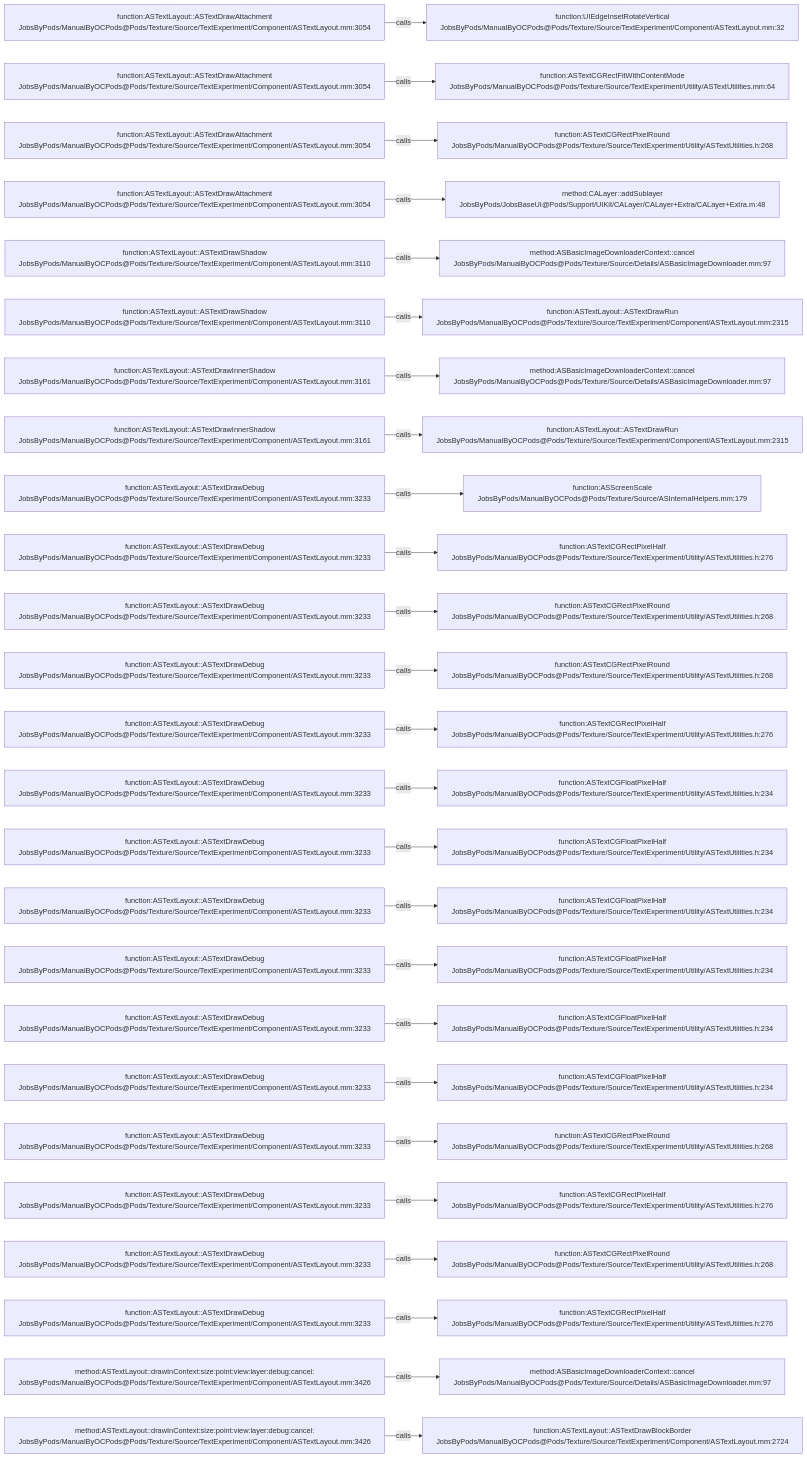
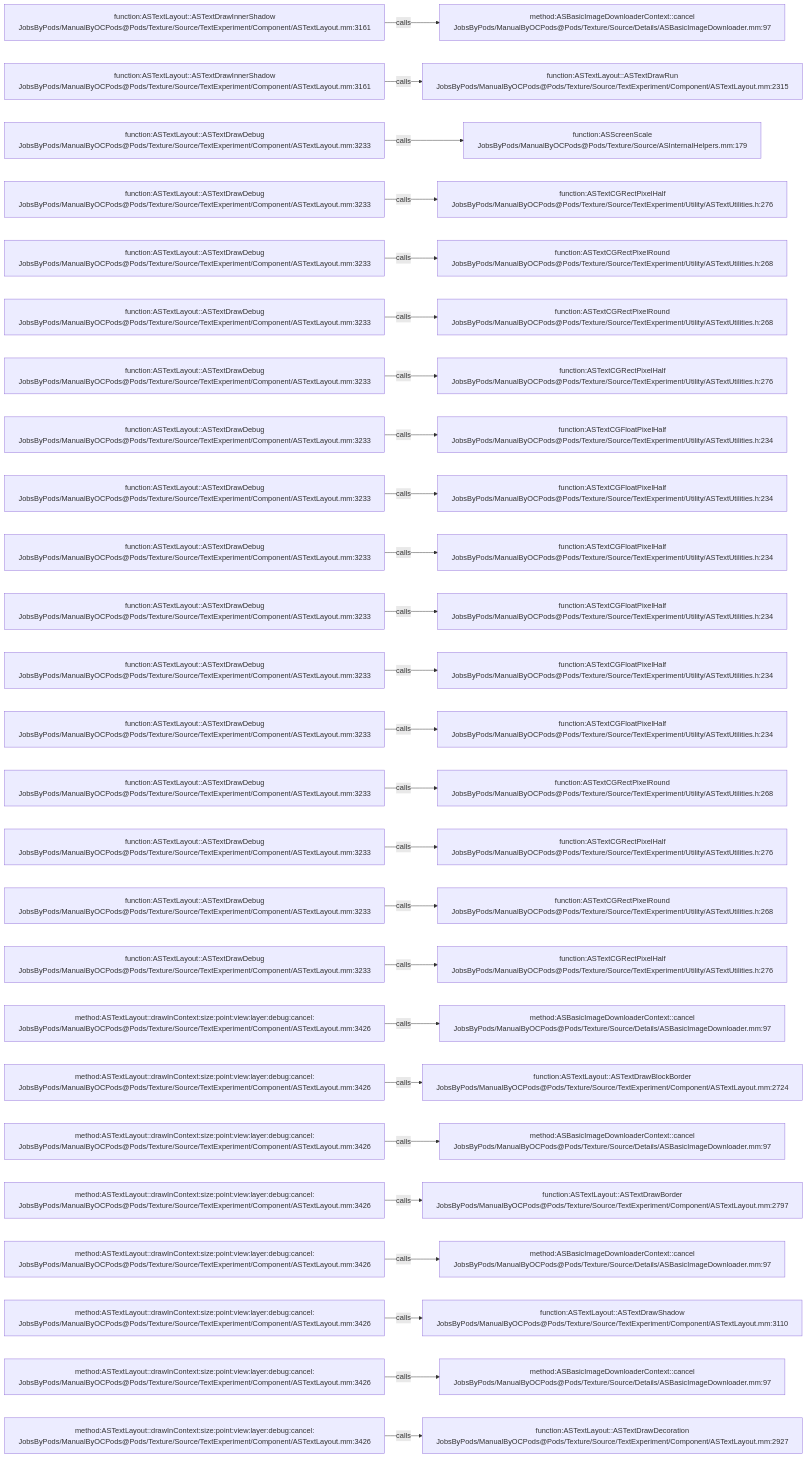
One commit to JobsKits/JobsOCBaseConfigDemo changed the diagram in .codegraph/codegraph.md/graphs/calls-198.md. Above: the diagram before and after it, drawn with Mermaid. The commit also changed 666 other files, not shown here.

````diff
--- a/.codegraph/codegraph.md/graphs/calls-198.md
+++ b/.codegraph/codegraph.md/graphs/calls-198.md
@@ -13,78 +13,78 @@
 ```mermaid
 flowchart LR
-  S1["function:ASTextLayout::ASTextDrawAttachment<br/>JobsByPods/ManualByOCPods@Pods/Texture/Source/TextExperiment/Component/ASTextLayout.mm:3054"]
-  T1["function:UIEdgeInsetRotateVertical<br/>JobsByPods/ManualByOCPods@Pods/Texture/Source/TextExperiment/Component/ASTextLayout.mm:32"]
+  S1["function:ASTextLayout::ASTextDrawInnerShadow<br/>JobsByPods/ManualByOCPods@Pods/Texture/Source/TextExperiment/Component/ASTextLayout.mm:3161"]
+  T1["method:ASBasicImageDownloaderContext::cancel<br/>JobsByPods/ManualByOCPods@Pods/Texture/Source/Details/ASBasicImageDownloader.mm:97"]
   S1 -->|calls| T1
-  S2["function:ASTextLayout::ASTextDrawAttachment<br/>JobsByPods/ManualByOCPods@Pods/Texture/Source/TextExperiment/Component/ASTextLayout.mm:3054"]
-  T2["function:ASTextCGRectFitWithContentMode<br/>JobsByPods/ManualByOCPods@Pods/Texture/Source/TextExperiment/Utility/ASTextUtilities.mm:64"]
+  S2["function:ASTextLayout::ASTextDrawInnerShadow<br/>JobsByPods/ManualByOCPods@Pods/Texture/Source/TextExperiment/Component/ASTextLayout.mm:3161"]
+  T2["function:ASTextLayout::ASTextDrawRun<br/>JobsByPods/ManualByOCPods@Pods/Texture/Source/TextExperiment/Component/ASTextLayout.mm:2315"]
   S2 -->|calls| T2
-  S3["function:ASTextLayout::ASTextDrawAttachment<br/>JobsByPods/ManualByOCPods@Pods/Texture/Source/TextExperiment/Component/ASTextLayout.mm:3054"]
-  T3["function:ASTextCGRectPixelRound<br/>JobsByPods/ManualByOCPods@Pods/Texture/Source/TextExperiment/Utility/ASTextUtilities.h:268"]
+  S3["function:ASTextLayout::ASTextDrawDebug<br/>JobsByPods/ManualByOCPods@Pods/Texture/Source/TextExperiment/Component/ASTextLayout.mm:3233"]
+  T3["function:ASScreenScale<br/>JobsByPods/ManualByOCPods@Pods/Texture/Source/ASInternalHelpers.mm:179"]
   S3 -->|calls| T3
-  S4["function:ASTextLayout::ASTextDrawAttachment<br/>JobsByPods/ManualByOCPods@Pods/Texture/Source/TextExperiment/Component/ASTextLayout.mm:3054"]
-  T4["method:CALayer::addSublayer<br/>JobsByPods/JobsBaseUI@Pods/Support/UIKit/CALayer/CALayer+Extra/CALayer+Extra.m:48"]
+  S4["function:ASTextLayout::ASTextDrawDebug<br/>JobsByPods/ManualByOCPods@Pods/Texture/Source/TextExperiment/Component/ASTextLayout.mm:3233"]
+  T4["function:ASTextCGRectPixelHalf<br/>JobsByPods/ManualByOCPods@Pods/Texture/Source/TextExperiment/Utility/ASTextUtilities.h:276"]
   S4 -->|calls| T4
-  S5["function:ASTextLayout::ASTextDrawShadow<br/>JobsByPods/ManualByOCPods@Pods/Texture/Source/TextExperiment/Component/ASTextLayout.mm:3110"]
-  T5["method:ASBasicImageDownloaderContext::cancel<br/>JobsByPods/ManualByOCPods@Pods/Texture/Source/Details/ASBasicImageDownloader.mm:97"]
+  S5["function:ASTextLayout::ASTextDrawDebug<br/>JobsByPods/ManualByOCPods@Pods/Texture/Source/TextExperiment/Component/ASTextLayout.mm:3233"]
+  T5["function:ASTextCGRectPixelRound<br/>JobsByPods/ManualByOCPods@Pods/Texture/Source/TextExperiment/Utility/ASTextUtilities.h:268"]
   S5 -->|calls| T5
-  S6["function:ASTextLayout::ASTextDrawShadow<br/>JobsByPods/ManualByOCPods@Pods/Texture/Source/TextExperiment/Component/ASTextLayout.mm:3110"]
-  T6["function:ASTextLayout::ASTextDrawRun<br/>JobsByPods/ManualByOCPods@Pods/Texture/Source/TextExperiment/Component/ASTextLayout.mm:2315"]
+  S6["function:ASTextLayout::ASTextDrawDebug<br/>JobsByPods/ManualByOCPods@Pods/Texture/Source/TextExperiment/Component/ASTextLayout.mm:3233"]
+  T6["function:ASTextCGRectPixelRound<br/>JobsByPods/ManualByOCPods@Pods/Texture/Source/TextExperiment/Utility/ASTextUtilities.h:268"]
   S6 -->|calls| T6
-  S7["function:ASTextLayout::ASTextDrawInnerShadow<br/>JobsByPods/ManualByOCPods@Pods/Texture/Source/TextExperiment/Component/ASTextLayout.mm:3161"]
-  T7["method:ASBasicImageDownloaderContext::cancel<br/>JobsByPods/ManualByOCPods@Pods/Texture/Source/Details/ASBasicImageDownloader.mm:97"]
+  S7["function:ASTextLayout::ASTextDrawDebug<br/>JobsByPods/ManualByOCPods@Pods/Texture/Source/TextExperiment/Component/ASTextLayout.mm:3233"]
+  T7["function:ASTextCGRectPixelHalf<br/>JobsByPods/ManualByOCPods@Pods/Texture/Source/TextExperiment/Utility/ASTextUtilities.h:276"]
   S7 -->|calls| T7
-  S8["function:ASTextLayout::ASTextDrawInnerShadow<br/>JobsByPods/ManualByOCPods@Pods/Texture/Source/TextExperiment/Component/ASTextLayout.mm:3161"]
-  T8["function:ASTextLayout::ASTextDrawRun<br/>JobsByPods/ManualByOCPods@Pods/Texture/Source/TextExperiment/Component/ASTextLayout.mm:2315"]
+  S8["function:ASTextLayout::ASTextDrawDebug<br/>JobsByPods/ManualByOCPods@Pods/Texture/Source/TextExperiment/Component/ASTextLayout.mm:3233"]
+  T8["function:ASTextCGFloatPixelHalf<br/>JobsByPods/ManualByOCPods@Pods/Texture/Source/TextExperiment/Utility/ASTextUtilities.h:234"]
   S8 -->|calls| T8
   S9["function:ASTextLayout::ASTextDrawDebug<br/>JobsByPods/ManualByOCPods@Pods/Texture/Source/TextExperiment/Component/ASTextLayout.mm:3233"]
-  T9["function:ASScreenScale<br/>JobsByPods/ManualByOCPods@Pods/Texture/Source/ASInternalHelpers.mm:179"]
+  T9["function:ASTextCGFloatPixelHalf<br/>JobsByPods/ManualByOCPods@Pods/Texture/Source/TextExperiment/Utility/ASTextUtilities.h:234"]
   S9 -->|calls| T9
   S10["function:ASTextLayout::ASTextDrawDebug<br/>JobsByPods/ManualByOCPods@Pods/Texture/Source/TextExperiment/Component/ASTextLayout.mm:3233"]
-  T10["function:ASTextCGRectPixelHalf<br/>JobsByPods/ManualByOCPods@Pods/Texture/Source/TextExperiment/Utility/ASTextUtilities.h:276"]
+  T10["function:ASTextCGFloatPixelHalf<br/>JobsByPods/ManualByOCPods@Pods/Texture/Source/TextExperiment/Utility/ASTextUtilities.h:234"]
   S10 -->|calls| T10
   S11["function:ASTextLayout::ASTextDrawDebug<br/>JobsByPods/ManualByOCPods@Pods/Texture/Source/TextExperiment/Component/ASTextLayout.mm:3233"]
-  T11["function:ASTextCGRectPixelRound<br/>JobsByPods/ManualByOCPods@Pods/Texture/Source/TextExperiment/Utility/ASTextUtilities.h:268"]
+  T11["function:ASTextCGFloatPixelHalf<br/>JobsByPods/ManualByOCPods@Pods/Texture/Source/TextExperiment/Utility/ASTextUtilities.h:234"]
   S11 -->|calls| T11
   S12["function:ASTextLayout::ASTextDrawDebug<br/>JobsByPods/ManualByOCPods@Pods/Texture/Source/TextExperiment/Component/ASTextLayout.mm:3233"]
-  T12["function:ASTextCGRectPixelRound<br/>JobsByPods/ManualByOCPods@Pods/Texture/Source/TextExperiment/Utility/ASTextUtilities.h:268"]
+  T12["function:ASTextCGFloatPixelHalf<br/>JobsByPods/ManualByOCPods@Pods/Texture/Source/TextExperiment/Utility/ASTextUtilities.h:234"]
   S12 -->|calls| T12
   S13["function:ASTextLayout::ASTextDrawDebug<br/>JobsByPods/ManualByOCPods@Pods/Texture/Source/TextExperiment/Component/ASTextLayout.mm:3233"]
-  T13["function:ASTextCGRectPixelHalf<br/>JobsByPods/ManualByOCPods@Pods/Texture/Source/TextExperiment/Utility/ASTextUtilities.h:276"]
+  T13["function:ASTextCGFloatPixelHalf<br/>JobsByPods/ManualByOCPods@Pods/Texture/Source/TextExperiment/Utility/ASTextUtilities.h:234"]
   S13 -->|calls| T13
   S14["function:ASTextLayout::ASTextDrawDebug<br/>JobsByPods/ManualByOCPods@Pods/Texture/Source/TextExperiment/Component/ASTextLayout.mm:3233"]
-  T14["function:ASTextCGFloatPixelHalf<br/>JobsByPods/ManualByOCPods@Pods/Texture/Source/TextExperiment/Utility/ASTextUtilities.h:234"]
+  T14["function:ASTextCGRectPixelRound<br/>JobsByPods/ManualByOCPods@Pods/Texture/Source/TextExperiment/Utility/ASTextUtilities.h:268"]
   S14 -->|calls| T14
   S15["function:ASTextLayout::ASTextDrawDebug<br/>JobsByPods/ManualByOCPods@Pods/Texture/Source/TextExperiment/Component/ASTextLayout.mm:3233"]
-  T15["function:ASTextCGFloatPixelHalf<br/>JobsByPods/ManualByOCPods@Pods/Texture/Source/TextExperiment/Utility/ASTextUtilities.h:234"]
+  T15["function:ASTextCGRectPixelHalf<br/>JobsByPods/ManualByOCPods@Pods/Texture/Source/TextExperiment/Utility/ASTextUtilities.h:276"]
   S15 -->|calls| T15
   S16["function:ASTextLayout::ASTextDrawDebug<br/>JobsByPods/ManualByOCPods@Pods/Texture/Source/TextExperiment/Component/ASTextLayout.mm:3233"]
-  T16["function:ASTextCGFloatPixelHalf<br/>JobsByPods/ManualByOCPods@Pods/Texture/Source/TextExperiment/Utility/ASTextUtilities.h:234"]
+  T16["function:ASTextCGRectPixelRound<br/>JobsByPods/ManualByOCPods@Pods/Texture/Source/TextExperiment/Utility/ASTextUtilities.h:268"]
   S16 -->|calls| T16
   S17["function:ASTextLayout::ASTextDrawDebug<br/>JobsByPods/ManualByOCPods@Pods/Texture/Source/TextExperiment/Component/ASTextLayout.mm:3233"]
-  T17["function:ASTextCGFloatPixelHalf<br/>JobsByPods/ManualByOCPods@Pods/Texture/Source/TextExperiment/Utility/ASTextUtilities.h:234"]
+  T17["function:ASTextCGRectPixelHalf<br/>JobsByPods/ManualByOCPods@Pods/Texture/Source/TextExperiment/Utility/ASTextUtilities.h:276"]
   S17 -->|calls| T17
-  S18["function:ASTextLayout::ASTextDrawDebug<br/>JobsByPods/ManualByOCPods@Pods/Texture/Source/TextExperiment/Component/ASTextLayout.mm:3233"]
-  T18["function:ASTextCGFloatPixelHalf<br/>JobsByPods/ManualByOCPods@Pods/Texture/Source/TextExperiment/Utility/ASTextUtilities.h:234"]
+  S18["method:ASTextLayout::drawInContext:size:point:view:layer:debug:cancel:<br/>JobsByPods/ManualByOCPods@Pods/Texture/Source/TextExperiment/Component/ASTextLayout.mm:3426"]
+  T18["method:ASBasicImageDownloaderContext::cancel<br/>JobsByPods/ManualByOCPods@Pods/Texture/Source/Details/ASBasicImageDownloader.mm:97"]
   S18 -->|calls| T18
-  S19["function:ASTextLayout::ASTextDrawDebug<br/>JobsByPods/ManualByOCPods@Pods/Texture/Source/TextExperiment/Component/ASTextLayout.mm:3233"]
-  T19["function:ASTextCGFloatPixelHalf<br/>JobsByPods/ManualByOCPods@Pods/Texture/Source/TextExperiment/Utility/ASTextUtilities.h:234"]
+  S19["method:ASTextLayout::drawInContext:size:point:view:layer:debug:cancel:<br/>JobsByPods/ManualByOCPods@Pods/Texture/Source/TextExperiment/Component/ASTextLayout.mm:3426"]
+  T19["function:ASTextLayout::ASTextDrawBlockBorder<br/>JobsByPods/ManualByOCPods@Pods/Texture/Source/TextExperiment/Component/ASTextLayout.mm:2724"]
   S19 -->|calls| T19
-  S20["function:ASTextLayout::ASTextDrawDebug<br/>JobsByPods/ManualByOCPods@Pods/Texture/Source/TextExperiment/Component/ASTextLayout.mm:3233"]
-  T20["function:ASTextCGRectPixelRound<br/>JobsByPods/ManualByOCPods@Pods/Texture/Source/TextExperiment/Utility/ASTextUtilities.h:268"]
+  S20["method:ASTextLayout::drawInContext:size:point:view:layer:debug:cancel:<br/>JobsByPods/ManualByOCPods@Pods/Texture/Source/TextExperiment/Component/ASTextLayout.mm:3426"]
+  T20["method:ASBasicImageDownloaderContext::cancel<br/>JobsByPods/ManualByOCPods@Pods/Texture/Source/Details/ASBasicImageDownloader.mm:97"]
   S20 -->|calls| T20
-  S21["function:ASTextLayout::ASTextDrawDebug<br/>JobsByPods/ManualByOCPods@Pods/Texture/Source/TextExperiment/Component/ASTextLayout.mm:3233"]
-  T21["function:ASTextCGRectPixelHalf<br/>JobsByPods/ManualByOCPods@Pods/Texture/Source/TextExperiment/Utility/ASTextUtilities.h:276"]
+  S21["method:ASTextLayout::drawInContext:size:point:view:layer:debug:cancel:<br/>JobsByPods/ManualByOCPods@Pods/Texture/Source/TextExperiment/Component/ASTextLayout.mm:3426"]
+  T21["function:ASTextLayout::ASTextDrawBorder<br/>JobsByPods/ManualByOCPods@Pods/Texture/Source/TextExperiment/Component/ASTextLayout.mm:2797"]
   S21 -->|calls| T21
-  S22["function:ASTextLayout::ASTextDrawDebug<br/>JobsByPods/ManualByOCPods@Pods/Texture/Source/TextExperiment/Component/ASTextLayout.mm:3233"]
-  T22["function:ASTextCGRectPixelRound<br/>JobsByPods/ManualByOCPods@Pods/Texture/Source/TextExperiment/Utility/ASTextUtilities.h:268"]
+  S22["method:ASTextLayout::drawInContext:size:point:view:layer:debug:cancel:<br/>JobsByPods/ManualByOCPods@Pods/Texture/Source/TextExperiment/Component/ASTextLayout.mm:3426"]
+  T22["method:ASBasicImageDownloaderContext::cancel<br/>JobsByPods/ManualByOCPods@Pods/Texture/Source/Details/ASBasicImageDownloader.mm:97"]
   S22 -->|calls| T22
-  S23["function:ASTextLayout::ASTextDrawDebug<br/>JobsByPods/ManualByOCPods@Pods/Texture/Source/TextExperiment/Component/ASTextLayout.mm:3233"]
-  T23["function:ASTextCGRectPixelHalf<br/>JobsByPods/ManualByOCPods@Pods/Texture/Source/TextExperiment/Utility/ASTextUtilities.h:276"]
+  S23["method:ASTextLayout::drawInContext:size:point:view:layer:debug:cancel:<br/>JobsByPods/ManualByOCPods@Pods/Texture/Source/TextExperiment/Component/ASTextLayout.mm:3426"]
+  T23["function:ASTextLayout::ASTextDrawShadow<br/>JobsByPods/ManualByOCPods@Pods/Texture/Source/TextExperiment/Component/ASTextLayout.mm:3110"]
   S23 -->|calls| T23
   S24["method:ASTextLayout::drawInContext:size:point:view:layer:debug:cancel:<br/>JobsByPods/ManualByOCPods@Pods/Texture/Source/TextExperiment/Component/ASTextLayout.mm:3426"]
   T24["method:ASBasicImageDownloaderContext::cancel<br/>JobsByPods/ManualByOCPods@Pods/Texture/Source/Details/ASBasicImageDownloader.mm:97"]
   S24 -->|calls| T24
   S25["method:ASTextLayout::drawInContext:size:point:view:layer:debug:cancel:<br/>JobsByPods/ManualByOCPods@Pods/Texture/Source/TextExperiment/Component/ASTextLayout.mm:3426"]
-  T25["function:ASTextLayout::ASTextDrawBlockBorder<br/>JobsByPods/ManualByOCPods@Pods/Texture/Source/TextExperiment/Component/ASTextLayout.mm:2724"]
+  T25["function:ASTextLayout::ASTextDrawDecoration<br/>JobsByPods/ManualByOCPods@Pods/Texture/Source/TextExperiment/Component/ASTextLayout.mm:2927"]
   S25 -->|calls| T25
 ```
````
